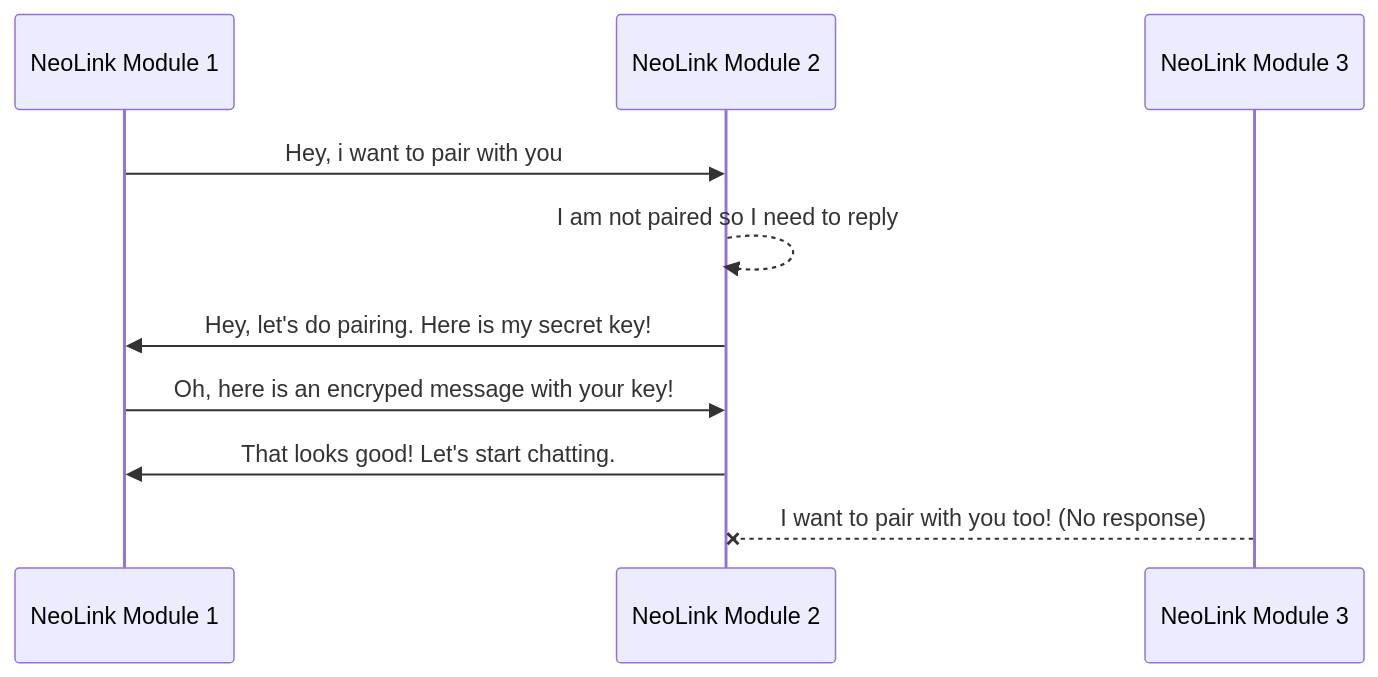
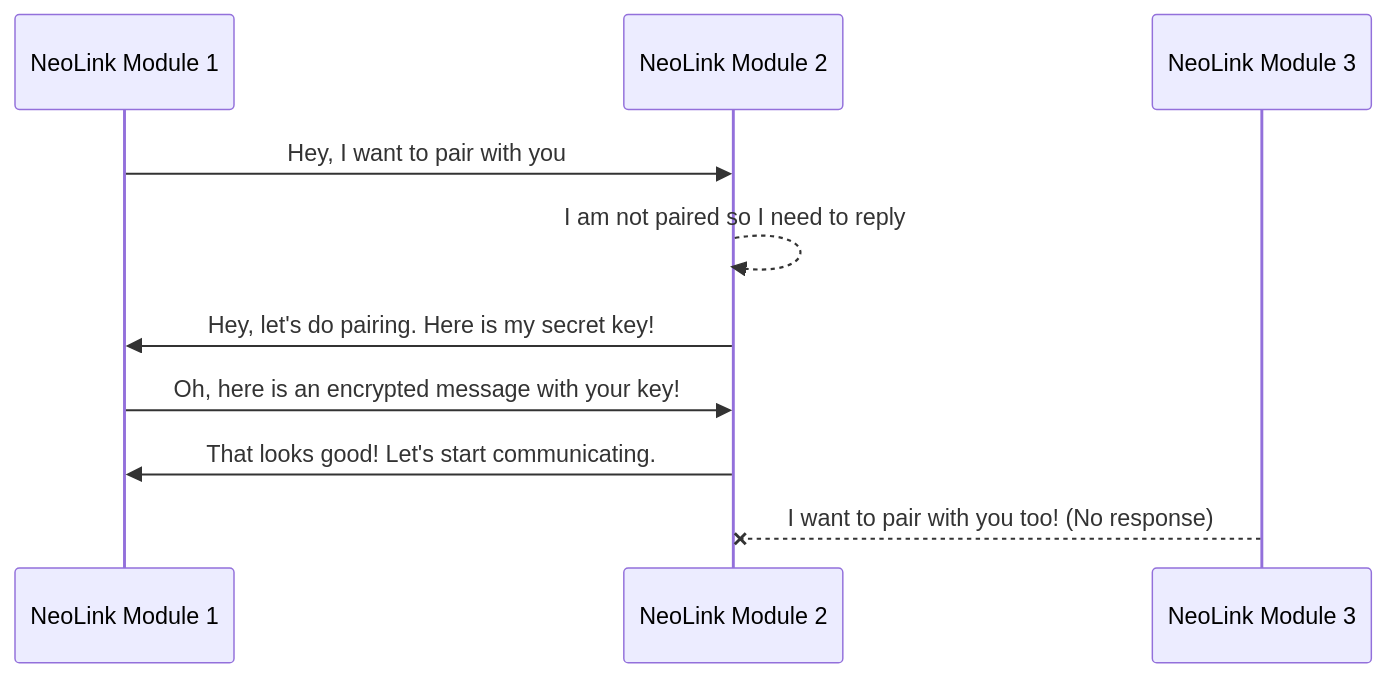
Before and after one commit to why-shiro/NeoLink: the first of 2 diagrams in README.md, drawn with Mermaid. The commit also changed other lines of this file, not shown here.

````diff
--- a/README.md
+++ b/README.md
@@ -33,9 +33,9 @@
 ```mermaid
 sequenceDiagram
-NeoLink Module 1 ->> NeoLink Module 2: Hey, i want to pair with you
+NeoLink Module 1 ->> NeoLink Module 2: Hey, I want to pair with you
 NeoLink Module 2 -->> NeoLink Module 2: I am not paired so I need to reply
 NeoLink Module 2 ->> NeoLink Module 1: Hey, let's do pairing. Here is my secret key!
-NeoLink Module 1 ->> NeoLink Module 2: Oh, here is an encryped message with your key!
-NeoLink Module 2 ->> NeoLink Module 1: That looks good! Let's start chatting.
+NeoLink Module 1 ->> NeoLink Module 2: Oh, here is an encrypted message with your key!
+NeoLink Module 2 ->> NeoLink Module 1: That looks good! Let's start communicating.
 NeoLink Module 3 --x NeoLink Module 2: I want to pair with you too! (No response)
 ```
````
